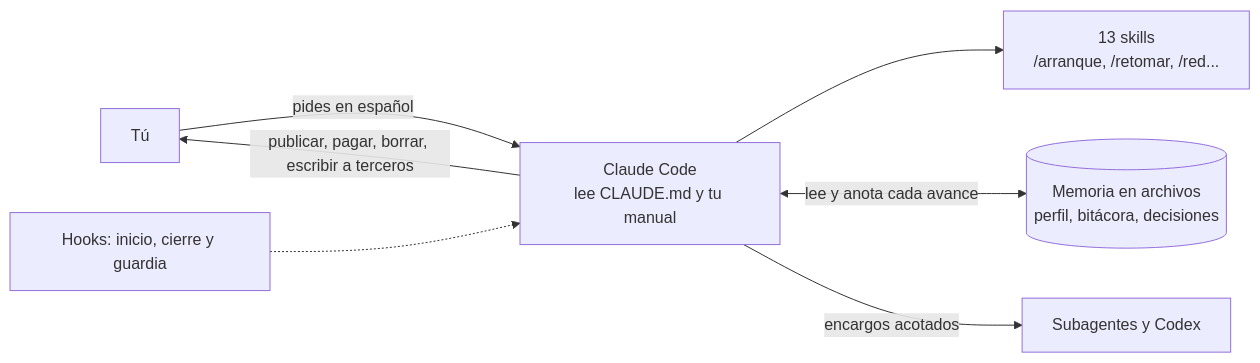
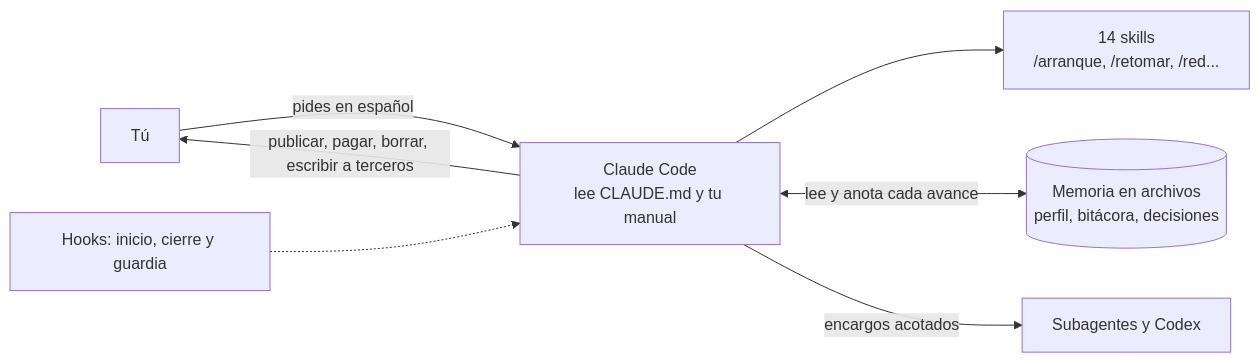
Before and after one commit to davidricardobc/atajo: the diagram in README.md, drawn with Mermaid. The commit also changed other lines of this file and 21 other files, not shown here.

````diff
--- a/README.md
+++ b/README.md
@@ -121,9 +124,9 @@
 ```mermaid
 flowchart LR
     T["Tú"] -->|pides en español| C["Claude Code<br/>lee CLAUDE.md y tu manual"]
-    C --> S["13 skills<br/>/arranque, /retomar, /red..."]
+    C --> S["14 skills<br/>/arranque, /retomar, /red..."]
     C <-->|lee y anota cada avance| M[("Memoria en archivos<br/>perfil, bitácora, decisiones")]
     C -->|encargos acotados| A["Subagentes y Codex"]
     H["Hooks: inicio, cierre y guardia"] -.-> C
     C -->|publicar, pagar, borrar, escribir a terceros| T
 ```
````
